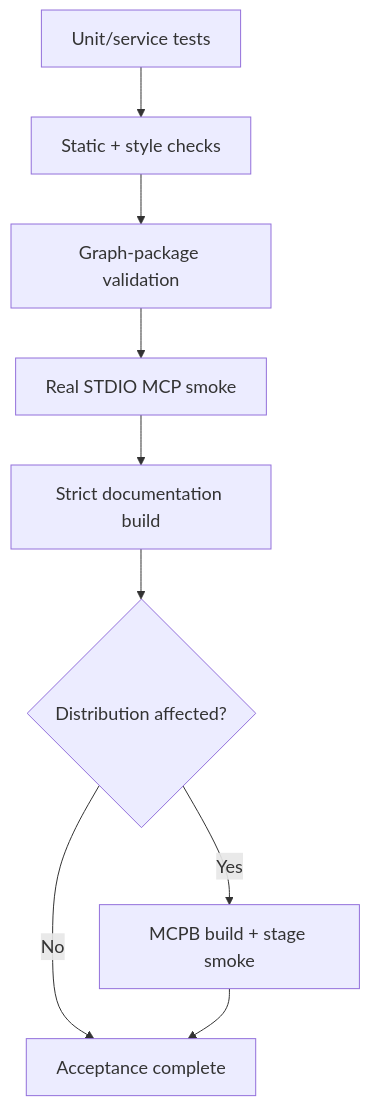
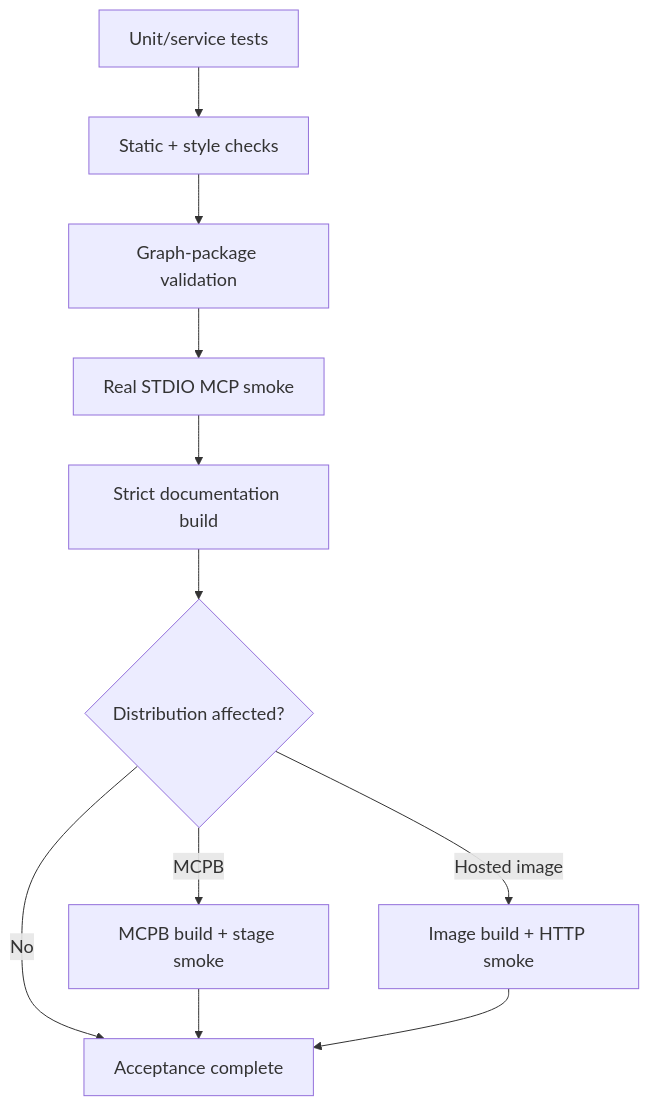
Before and after one commit to IDinsight/KGForEdGlobalMCP: the diagram in docs/development/testing.md, drawn with Mermaid. The commit also changed other lines of this file and 30 other files, not shown here.

````diff
--- a/docs/development/testing.md
+++ b/docs/development/testing.md
@@ -11,12 +11,14 @@
 ```mermaid
 %%{init: {"themeVariables": {"fontSize": "18px"}}}%%
 flowchart TB
     UNIT[Unit/service tests] --> STATIC[Static + style checks]
     STATIC --> PACKAGE[Graph-package validation]
     PACKAGE --> STDIO[Real STDIO MCP smoke]
     STDIO --> DOCS[Strict documentation build]
     DOCS --> DIST{Distribution affected?}
-    DIST -- Yes --> MCPB[MCPB build + stage smoke]
+    DIST -- MCPB --> MCPB[MCPB build + stage smoke]
+    DIST -- Hosted image --> IMAGE[Image build + HTTP smoke]
     DIST -- No --> PASS[Acceptance complete]
     MCPB --> PASS
+    IMAGE --> PASS
 ```
````
